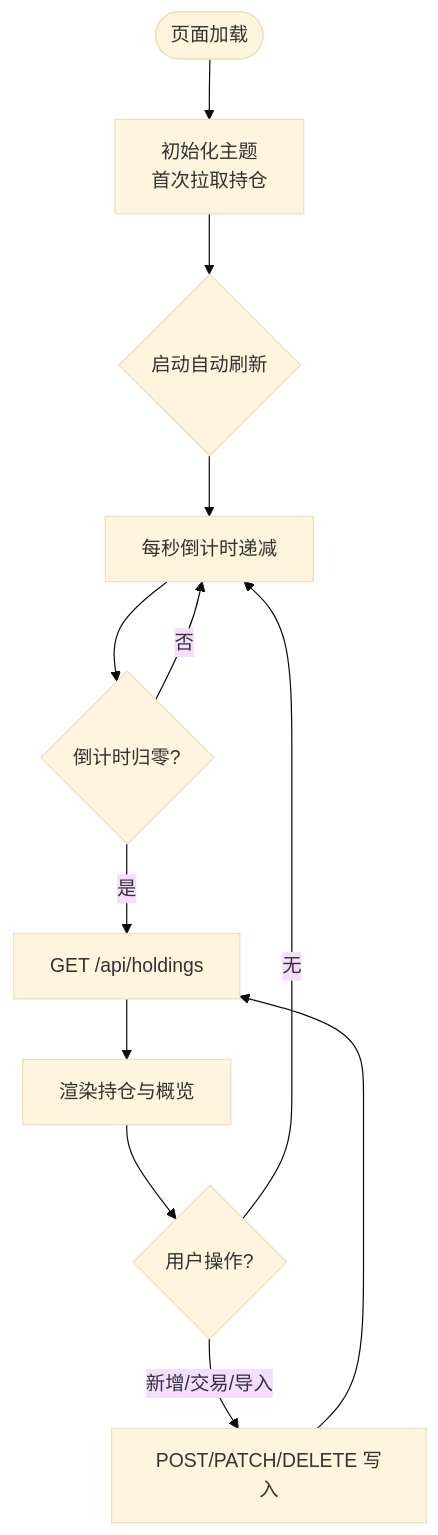
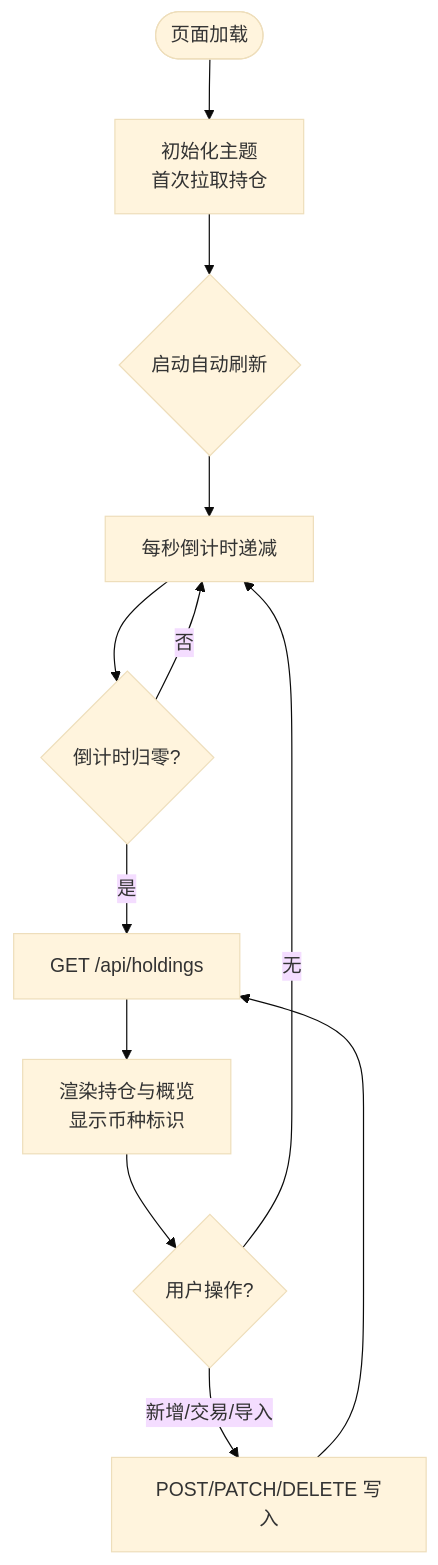
Before and after one commit to salenju/stock-advisor: the third of 8 diagrams in .qoder/repowiki/zh/content/系统架构/系统架构.md, drawn with Mermaid (base theme). The commit also changed other lines of this file and 45 other files, not shown here.

````diff
--- a/.qoder/repowiki/zh/content/系统架构/系统架构.md
+++ b/.qoder/repowiki/zh/content/系统架构/系统架构.md
@@ -193,14 +239,14 @@
 ```mermaid
 flowchart TD
 Start(["页面加载"]) --> Init["初始化主题<br/>首次拉取持仓"]
 Init --> AutoRefresh{"启动自动刷新"}
 AutoRefresh --> Tick["每秒倒计时递减"]
 Tick --> Zero{"倒计时归零?"}
 Zero --> |是| Fetch["GET /api/holdings"]
-Fetch --> Render["渲染持仓与概览"]
+Fetch --> Render["渲染持仓与概览<br/>显示币种标识"]
 Zero --> |否| Tick
 Render --> UserAction{"用户操作?"}
 UserAction --> |新增/交易/导入| APIWrite["POST/PATCH/DELETE 写入"]
 APIWrite --> Fetch
 UserAction --> |无| Tick
 ```
````
